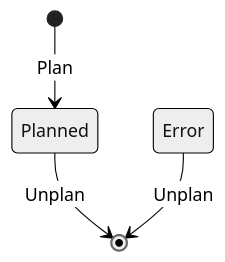
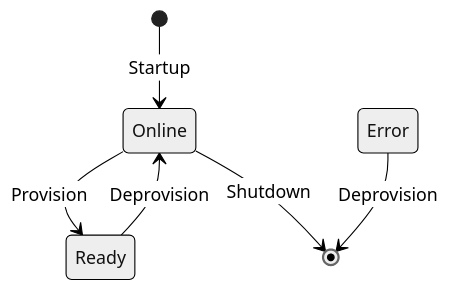
Before and after one commit to bitomia/realm: the diagram in docs/nodes.md, drawn with Mermaid (neutral theme). The commit also changed 10 other files, not shown here.

````diff
--- a/docs/nodes.md
+++ b/docs/nodes.md
@@ -1,6 +1,8 @@
 ```mermaid
 stateDiagram-v2
-    [*] --> Planned: Plan
-    Planned --> [*]: Unplan
-    Error --> [*]: Unplan
+    [*] --> Online: Startup
+    Online --> Ready: Provision
+    Ready --> Online: Deprovision
+    Online --> [*]: Shutdown
+    Error --> [*]: Deprovision
 ```
````
